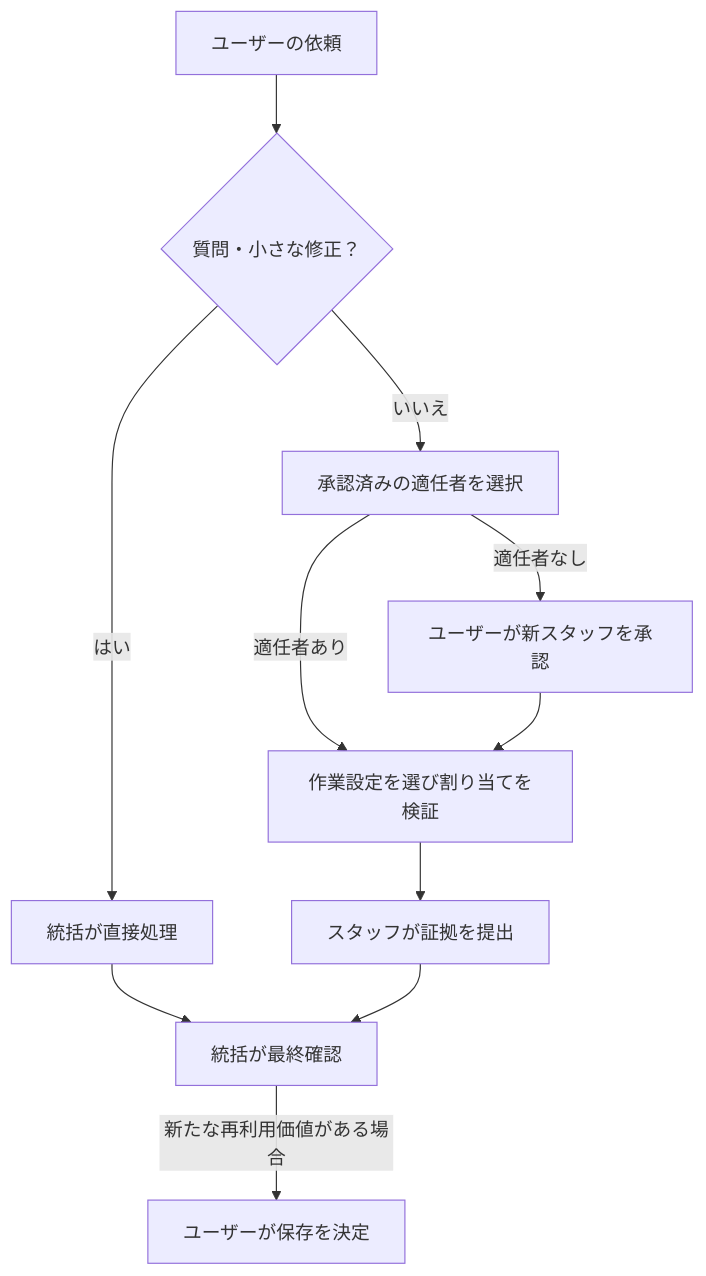
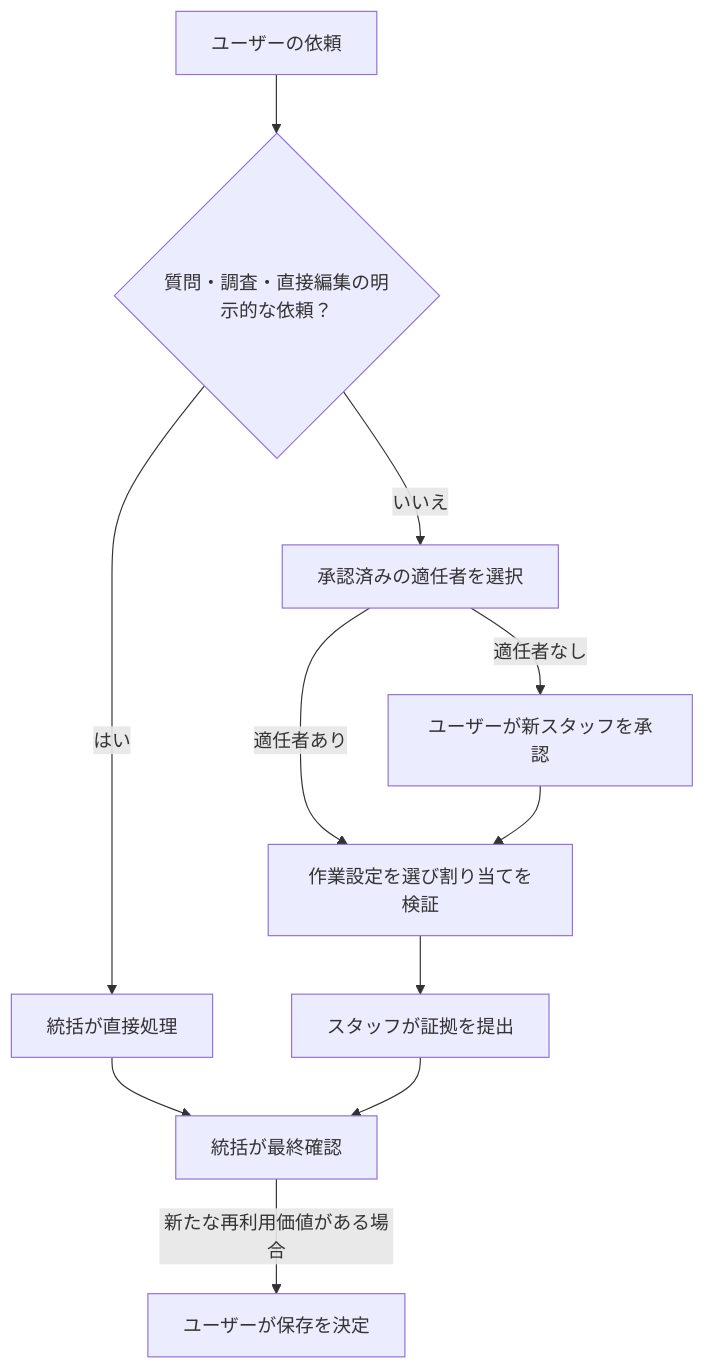
One commit to lbtlm/open-jarvis changed the diagram in README.ja.md. Above: the diagram before and after it, drawn with Mermaid. The commit also changed other lines of this file and 29 other files, not shown here.

````diff
--- a/README.ja.md
+++ b/README.ja.md
@@ -71,13 +71,13 @@
 ```mermaid
 flowchart TD
-  A["ユーザーの依頼"] --> B{"質問・小さな修正？"}
+  A["ユーザーの依頼"] --> B{"質問・調査・直接編集の明示的な依頼？"}
   B -->|はい| C["統括が直接処理"]
   B -->|いいえ| D["承認済みの適任者を選択"]
   D -->|適任者なし| E["ユーザーが新スタッフを承認"]
   D -->|適任者あり| F["作業設定を選び割り当てを検証"]
   E --> F
   F --> G["スタッフが証拠を提出"]
   C --> H["統括が最終確認"]
   G --> H
   H -->|新たな再利用価値がある場合| I["ユーザーが保存を決定"]
 ```
````
